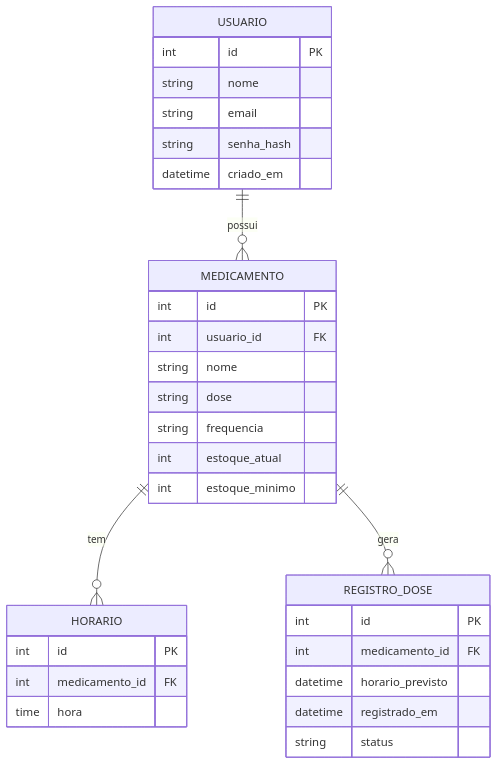
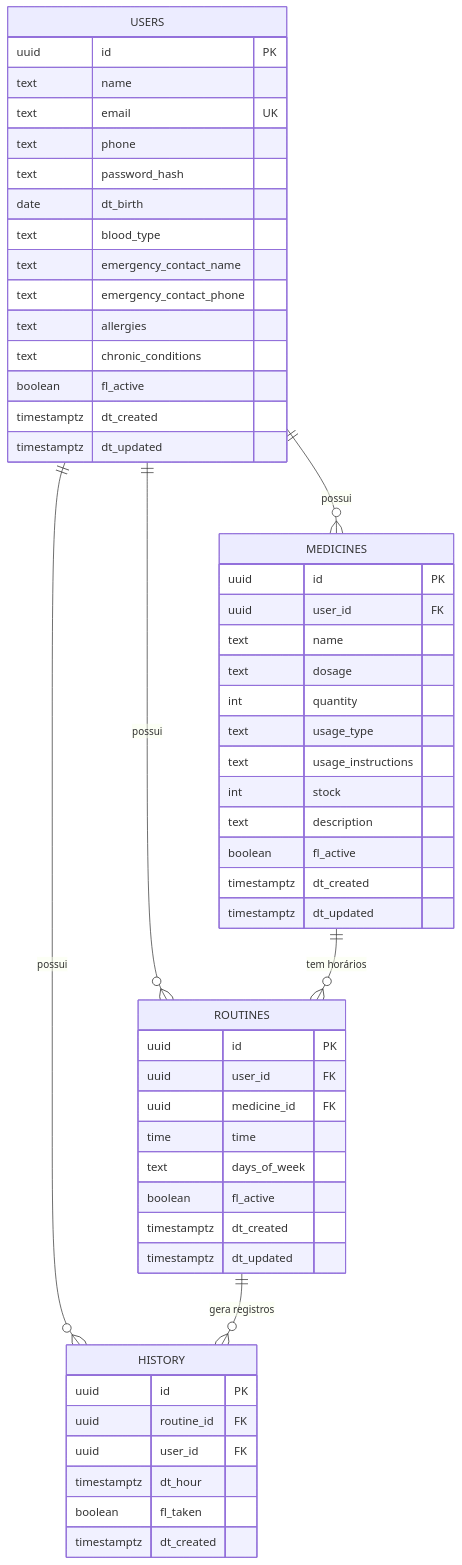
The ninth of 9 diagrams in docs/diagramas.md (amandaadb/Projeto-Saude-em-dia-), drawn with Mermaid before and after one commit. The commit also changed other lines of this file, not shown here.

````diff
--- a/docs/diagramas.md
+++ b/docs/diagramas.md
@@ -199,38 +168,60 @@
 ```mermaid
 erDiagram
-    USUARIO ||--o{ MEDICAMENTO : possui
-    MEDICAMENTO ||--o{ HORARIO : tem
-    MEDICAMENTO ||--o{ REGISTRO_DOSE : gera
+    USERS ||--o{ MEDICINES : possui
+    USERS ||--o{ ROUTINES : possui
+    USERS ||--o{ HISTORY : possui
+    MEDICINES ||--o{ ROUTINES : "tem horários"
+    ROUTINES ||--o{ HISTORY : "gera registros"
 
-    USUARIO {
-        int id PK
-        string nome
-        string email
-        string senha_hash
-        datetime criado_em
+    USERS {
+        uuid id PK
+        text name
+        text email UK
+        text phone
+        text password_hash
+        date dt_birth
+        text blood_type
+        text emergency_contact_name
+        text emergency_contact_phone
+        text allergies
+        text chronic_conditions
+        boolean fl_active
+        timestamptz dt_created
+        timestamptz dt_updated
     }
 
-    MEDICAMENTO {
-        int id PK
-        int usuario_id FK
-        string nome
-        string dose
-        string frequencia
-        int estoque_atual
-        int estoque_minimo
+    MEDICINES {
+        uuid id PK
+        uuid user_id FK
+        text name
+        text dosage
+        int quantity
+        text usage_type
+        text usage_instructions
+        int stock
+        text description
+        boolean fl_active
+        timestamptz dt_created
+        timestamptz dt_updated
     }
 
-    HORARIO {
-        int id PK
-        int medicamento_id FK
-        time hora
+    ROUTINES {
+        uuid id PK
+        uuid user_id FK
+        uuid medicine_id FK
+        time time
+        text days_of_week
+        boolean fl_active
+        timestamptz dt_created
+        timestamptz dt_updated
     }
 
-    REGISTRO_DOSE {
-        int id PK
-        int medicamento_id FK
-        datetime horario_previsto
-        datetime registrado_em
-        string status
+    HISTORY {
+        uuid id PK
+        uuid routine_id FK
+        uuid user_id FK
+        timestamptz dt_hour
+        boolean fl_taken
+        timestamptz dt_created
     }
 ```
````
